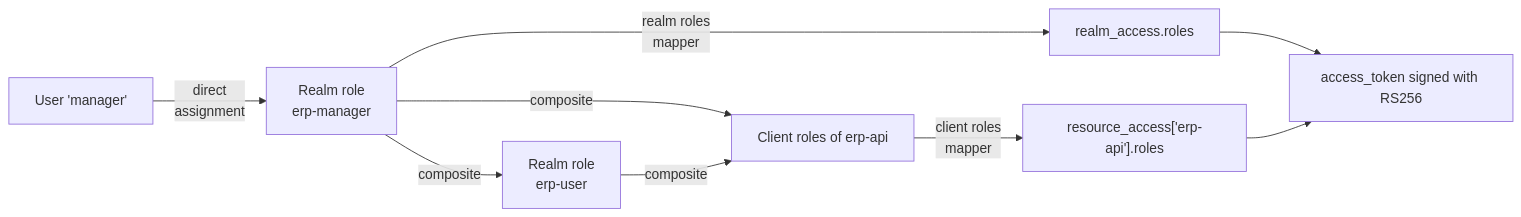
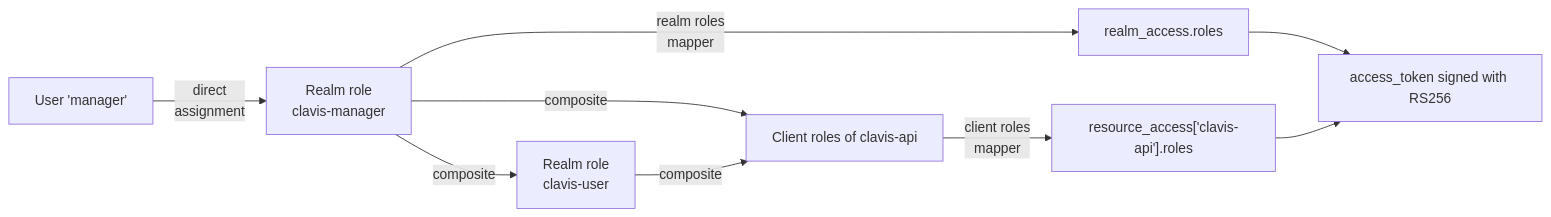
The second of 3 diagrams in docs/authentication.md (mapineda48/clavis), drawn with Mermaid before and after one commit. The commit also changed other lines of this file and 130 other files, not shown here.

````diff
--- a/docs/authentication.md
+++ b/docs/authentication.md
@@ -130,11 +130,11 @@
 ```mermaid
 flowchart LR
-    U["User 'manager'"] -->|"direct<br/>assignment"| RR["Realm role<br/>erp-manager"]
-    RR -->|"composite"| RU["Realm role<br/>erp-user"]
-    RR -->|"composite"| CR["Client roles of erp-api"]
+    U["User 'manager'"] -->|"direct<br/>assignment"| RR["Realm role<br/>clavis-manager"]
+    RR -->|"composite"| RU["Realm role<br/>clavis-user"]
+    RR -->|"composite"| CR["Client roles of clavis-api"]
     RU -->|"composite"| CR
     RR -->|"realm roles<br/>mapper"| T1["realm_access.roles"]
-    CR -->|"client roles<br/>mapper"| T2["resource_access['erp-api'].roles"]
+    CR -->|"client roles<br/>mapper"| T2["resource_access['clavis-api'].roles"]
     T1 --> JWT["access_token signed with RS256"]
     T2 --> JWT
 ```
````
